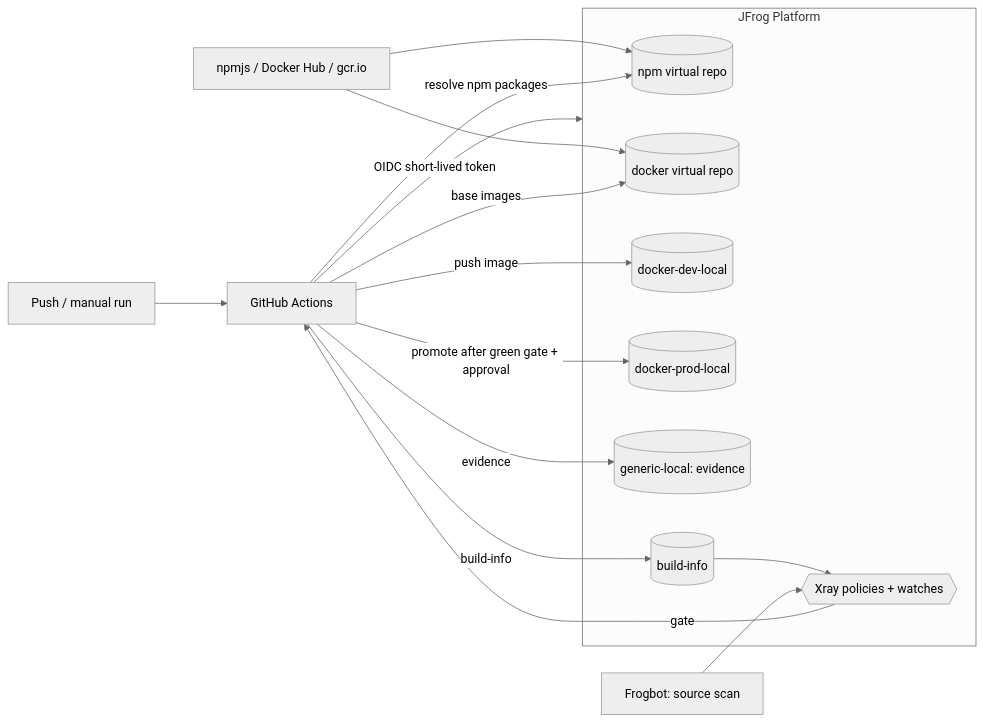
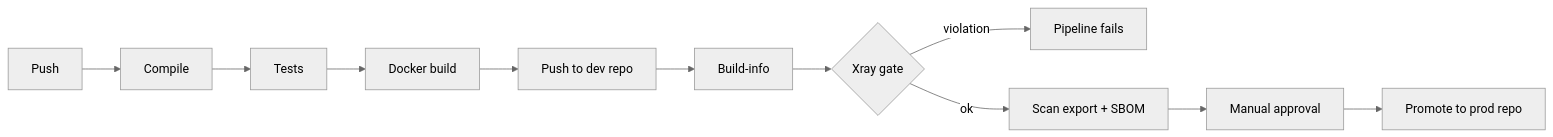
The diagram in README.md (Reymund28593/juice-shop_RJJF), drawn with Mermaid (neutral theme) before and after one commit. The commit also changed other lines of this file and 2 other files, not shown here.

Commit message:
Export full Xray scan data, update README

````diff
--- a/README.md
+++ b/README.md
@@ -11,25 +13,6 @@
 ```mermaid
 flowchart LR
-  Dev[Push / manual run] --> GH[GitHub Actions]
-  GH -- OIDC short-lived token --> JF
-  subgraph JF[JFrog Platform]
-    NR[(npm virtual repo)]
-    DV[(docker virtual repo)]
-    DEV[(docker-dev-local)]
-    PROD[(docker-prod-local)]
-    GEN[(generic-local: evidence)]
-    X{{Xray policies + watches}}
-    BI[(build-info)]
-  end
-  Reg[npmjs / Docker Hub / gcr.io] --> NR
-  Reg --> DV
-  GH -- resolve npm packages --> NR
-  GH -- base images --> DV
-  GH -- push image --> DEV
-  GH -- build-info --> BI
-  BI --> X
-  X -- gate --> GH
-  GH -- evidence --> GEN
-  GH -- promote after green gate + approval --> PROD
-  Frogbot[Frogbot: source scan] --> X
+  A[Push] --> B[Compile] --> C[Tests] --> D[Docker build] --> E[Push to dev repo] --> F[Build-info] --> G{Xray gate}
+  G -- violation --> X[Pipeline fails]
+  G -- ok --> H[Scan export + SBOM] --> I[Manual approval] --> J[Promote to prod repo]
 ```
````
